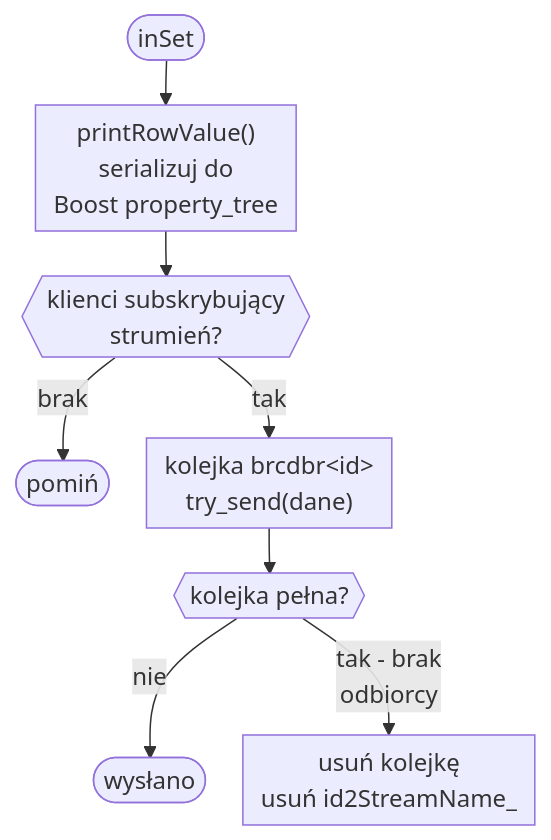
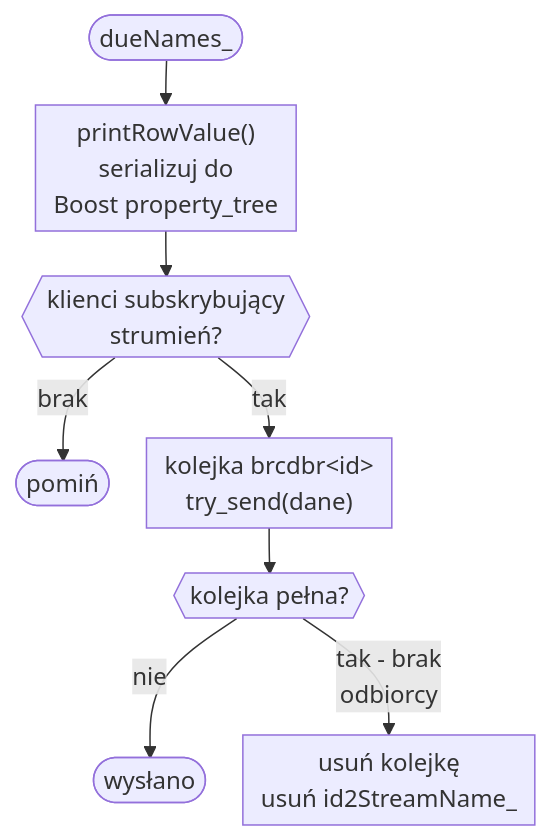
The fifth of 6 diagrams in realizacja-zapytan/algorytm-przegladu-drzewa-zapytan.md (michalwidera/dokumentacja-rdb), drawn with Mermaid before and after one commit. The commit also changed other lines of this file and 4 other files, not shown here.

````diff
--- a/realizacja-zapytan/algorytm-przegladu-drzewa-zapytan.md
+++ b/realizacja-zapytan/algorytm-przegladu-drzewa-zapytan.md
@@ -182,13 +185,13 @@
 ```mermaid
 %% pdf-width: 85%
 %% pdf-height: 60%
 %%{init: {"markdownAutoWrap": false, "flowchart": {"nodeSpacing": 25, "rankSpacing": 30, "padding": 6}}}%%
 flowchart TB
-    A([inSet]) --> B["printRowValue()<br/>serializuj do<br/>Boost property_tree"]
+    A([dueNames_]) --> B["printRowValue()<br/>serializuj do<br/>Boost property_tree"]
     B --> C{{"klienci subskrybujący<br/>strumień?"}}
     C -->|brak| H([pomiń])
     C -->|tak| D["kolejka brcdbr&lt;id&gt;<br/>try_send(dane)"]
     D --> E{{"kolejka pełna?"}}
     E -->|nie| F([wysłano])
     E -->|"tak - brak<br/>odbiorcy"| G["usuń kolejkę<br/>usuń id2StreamName_"]
 ```
````
